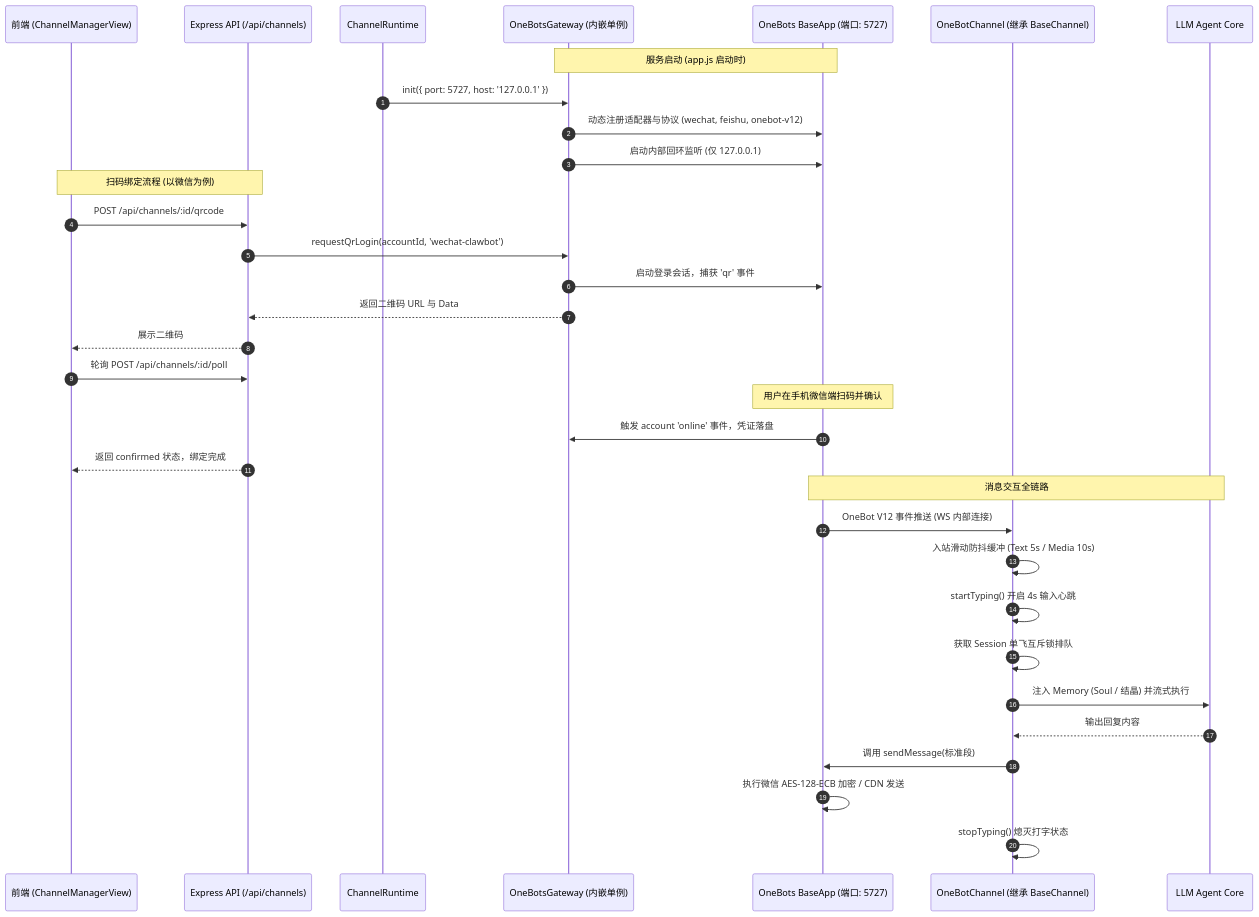
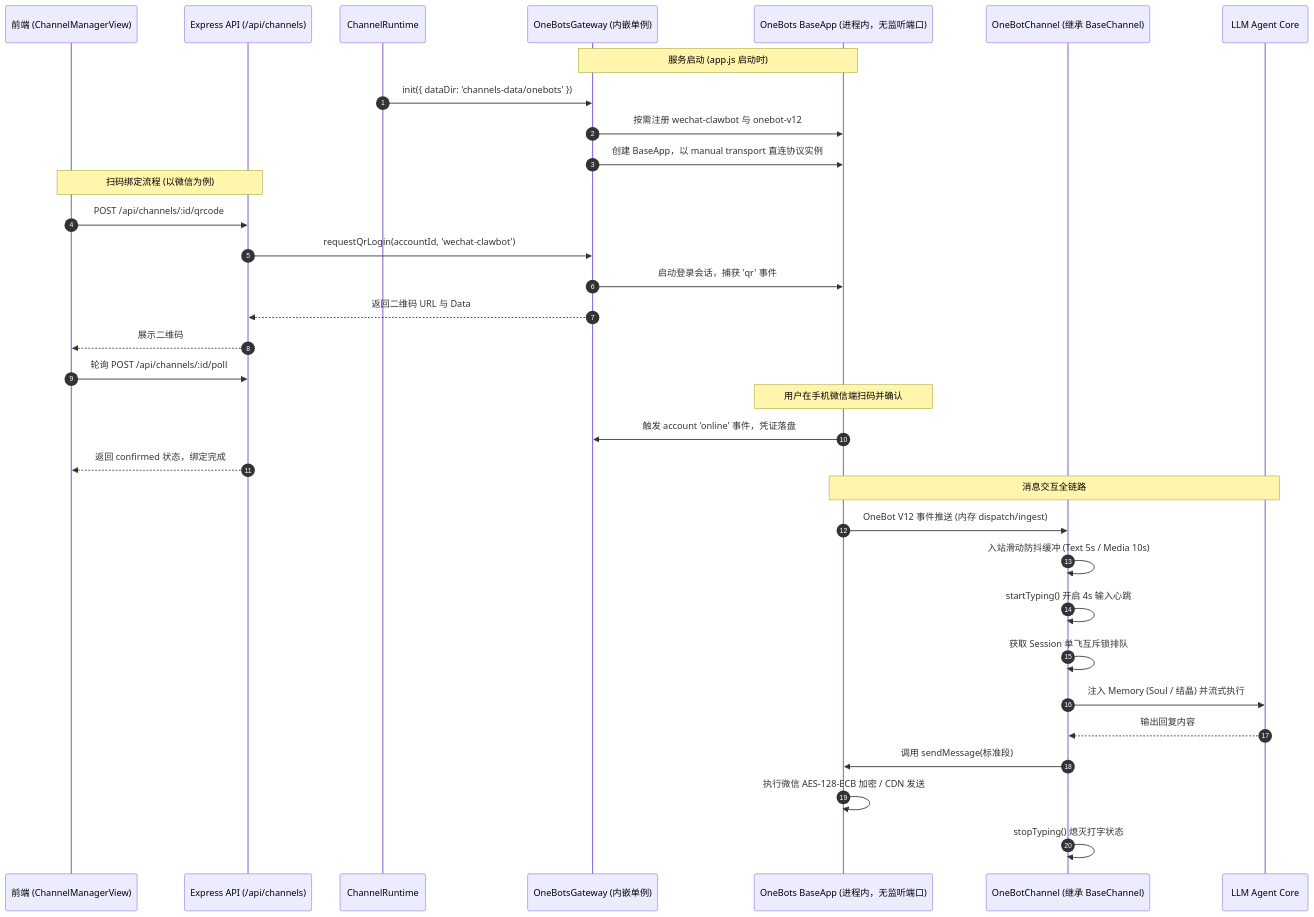
One commit to Pretend-to/mio-chat-backend-zuzongyui-selfowned changed the diagram in docs/architecture/onebots-embedded-channel-dev-guide.md. Above: the diagram before and after it, drawn with Mermaid. The commit also changed other lines of this file and 13 other files, not shown here.

Commit message:
feat: integrate embedded onebots channels

````diff
--- a/docs/architecture/onebots-embedded-channel-dev-guide.md
+++ b/docs/architecture/onebots-embedded-channel-dev-guide.md
@@ -14,38 +14,38 @@
 ```mermaid
 sequenceDiagram
     autonumber
     participant UI as 前端 (ChannelManagerView)
     participant API as Express API (/api/channels)
     participant RT as ChannelRuntime
     participant GW as OneBotsGateway (内嵌单例)
-    participant OB as OneBots BaseApp (端口: 5727)
+    participant OB as OneBots BaseApp (进程内，无监听端口)
     participant CH as OneBotChannel (继承 BaseChannel)
     participant LLM as LLM Agent Core
 
     Note over GW,OB: 服务启动 (app.js 启动时)
-    RT->>GW: init({ port: 5727, host: '127.0.0.1' })
-    GW->>OB: 动态注册适配器与协议 (wechat, feishu, onebot-v12)
-    GW->>OB: 启动内部回环监听 (仅 127.0.0.1)
+    RT->>GW: init({ dataDir: 'channels-data/onebots' })
+    GW->>OB: 按需注册 wechat-clawbot 与 onebot-v12
+    GW->>OB: 创建 BaseApp，以 manual transport 直连协议实例
 
     Note over UI,API: 扫码绑定流程 (以微信为例)
     UI->>API: POST /api/channels/:id/qrcode
     API->>GW: requestQrLogin(accountId, 'wechat-clawbot')
     GW->>OB: 启动登录会话，捕获 'qr' 事件
     GW-->>API: 返回二维码 URL 与 Data
     API-->>UI: 展示二维码
     UI->>API: 轮询 POST /api/channels/:id/poll
     Note over OB: 用户在手机微信端扫码并确认
     OB->>GW: 触发 account 'online' 事件，凭证落盘
     API-->>UI: 返回 confirmed 状态，绑定完成
 
     Note over OB,LLM: 消息交互全链路
-    OB->>CH: OneBot V12 事件推送 (WS 内部连接)
+    OB->>CH: OneBot V12 事件推送 (内存 dispatch/ingest)
     CH->>CH: 入站滑动防抖缓冲 (Text 5s / Media 10s)
     CH->>CH: startTyping() 开启 4s 输入心跳
     CH->>CH: 获取 Session 单飞互斥锁排队
     CH->>LLM: 注入 Memory (Soul / 结晶) 并流式执行
     LLM-->>CH: 输出回复内容
     CH->>OB: 调用 sendMessage(标准段)
     OB->>OB: 执行微信 AES-128-ECB 加密 / CDN 发送
     CH->>CH: stopTyping() 熄灭打字状态
 ```
````
